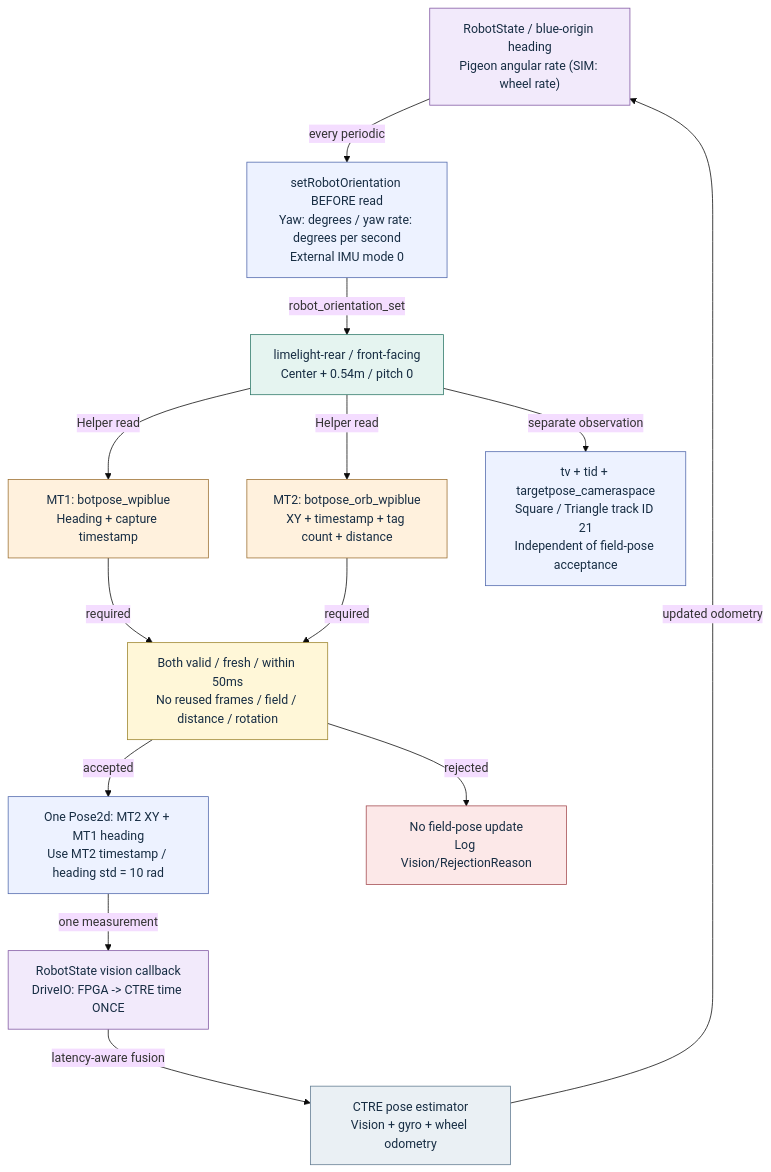
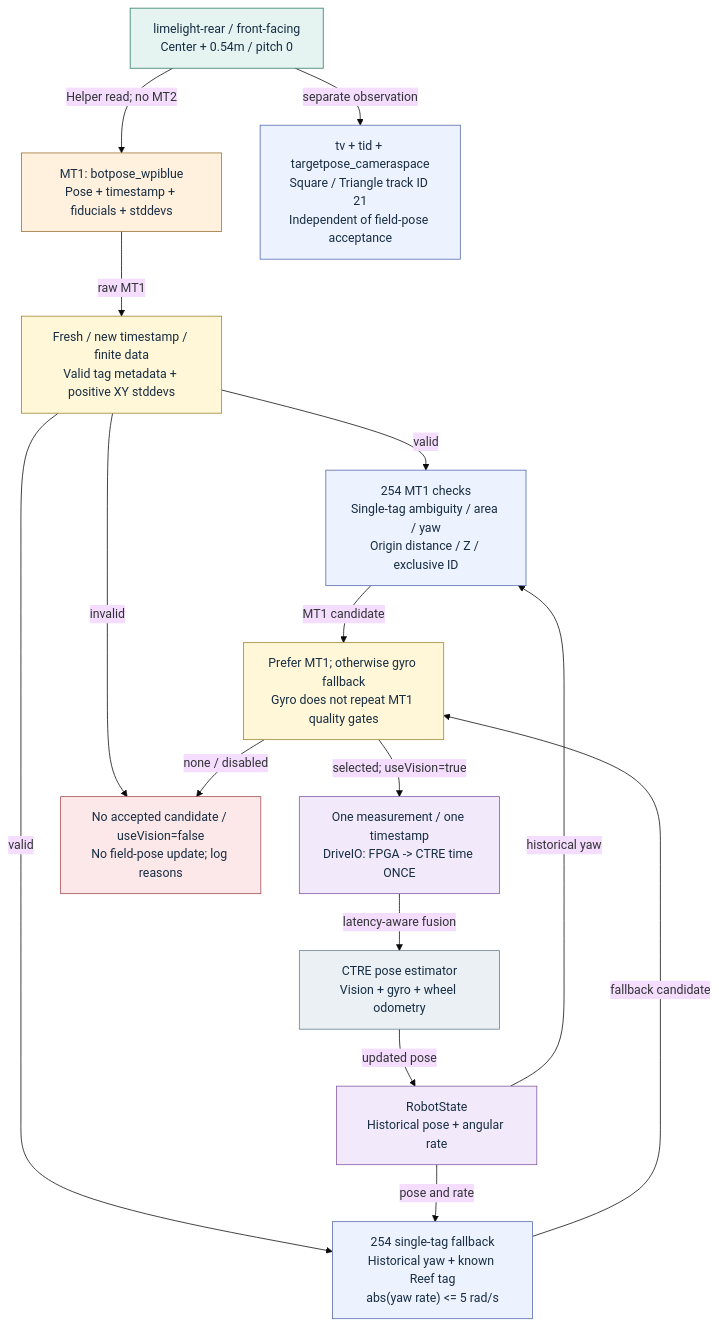
Before and after one commit to PepsiLee/FRC-2026-Systemcore-Public-main: the diagram in docs/drive-vision/diagrams/05-megatag-inputs.mmd, drawn with Mermaid (base theme). The commit also changed 23 other files, not shown here.

Commit message:
Adopt  MT1 localization with single-tag gyro fallback

```diff
--- a/docs/drive-vision/diagrams/05-megatag-inputs.mmd
+++ b/docs/drive-vision/diagrams/05-megatag-inputs.mmd
@@ -1,32 +1,34 @@
 flowchart TB
-    state["RobotState / blue-origin heading<br/>Pigeon angular rate (SIM: wheel rate)"]:::state
-    orientation["setRobotOrientation BEFORE read<br/>Yaw: degrees / yaw rate: degrees per second<br/>External IMU mode 0"]:::logic
     camera["limelight-rear / front-facing<br/>Center + 0.54m / pitch 0"]:::input
-    mt1["MT1: botpose_wpiblue<br/>Heading + capture timestamp"]:::io
-    mt2["MT2: botpose_orb_wpiblue<br/>XY + timestamp + tag count + distance"]:::io
-    filter["Both valid / fresh / within 50ms<br/>No reused frames / field / distance / rotation"]:::decision
-    combine["One Pose2d: MT2 XY + MT1 heading<br/>Use MT2 timestamp / heading std = 10 rad"]:::logic
-    callback["RobotState vision callback<br/>DriveIO: FPGA -> CTRE time ONCE"]:::state
+    mt1["MT1: botpose_wpiblue<br/>Pose + timestamp + fiducials + stddevs"]:::io
+    guard["Fresh / new timestamp / finite data<br/>Valid tag metadata + positive XY stddevs"]:::decision
+    main["254 MT1 checks<br/>Single-tag ambiguity / area / yaw<br/>Origin distance / Z / exclusive ID"]:::logic
+    gyro["254 single-tag fallback<br/>Historical yaw + known Reef tag<br/>abs(yaw rate) <= 5 rad/s"]:::logic
+    state["RobotState<br/>Historical pose + angular rate"]:::state
+    select["Prefer MT1; otherwise gyro fallback<br/>Gyro does not repeat MT1 quality gates"]:::decision
+    callback["One measurement / one timestamp<br/>DriveIO: FPGA -> CTRE time ONCE"]:::state
     drive["CTRE pose estimator<br/>Vision + gyro + wheel odometry"]:::sink
     relative["tv + tid + targetpose_cameraspace<br/>Square / Triangle track ID 21<br/>Independent of field-pose acceptance"]:::logic
-    reject["No field-pose update<br/>Log Vision/RejectionReason"]:::stop
-    state -->|"every periodic"| orientation
-    orientation -->|"robot_orientation_set"| camera
-    camera -->|"Helper read"| mt1
-    camera -->|"Helper read"| mt2
-    mt1 -->|"required"| filter
-    mt2 -->|"required"| filter
-    filter -->|"accepted"| combine
-    filter -->|"rejected"| reject
-    combine -->|"one measurement"| callback
+    reject["No accepted candidate / useVision=false<br/>No field-pose update; log reasons"]:::stop
+    camera -->|"Helper read; no MT2"| mt1
+    mt1 -->|"raw MT1"| guard
+    guard -->|"valid"| main
+    guard -->|"valid"| gyro
+    guard -->|"invalid"| reject
+    state -->|"historical yaw"| main
+    state -->|"pose and rate"| gyro
+    main -->|"MT1 candidate"| select
+    gyro -->|"fallback candidate"| select
+    select -->|"selected; useVision=true"| callback
+    select -->|"none / disabled"| reject
     callback -->|"latency-aware fusion"| drive
-    drive -->|"updated odometry"| state
+    drive -->|"updated pose"| state
     camera -->|"separate observation"| relative
     classDef host fill:#e6eef8,stroke:#43688f,color:#172d43
     classDef input fill:#e5f4f0,stroke:#2d7868,color:#172d43
     classDef logic fill:#edf2ff,stroke:#5269ad,color:#172d43
     classDef io fill:#fff1dd,stroke:#9c7032,color:#172d43
     classDef state fill:#f2eafb,stroke:#8057a2,color:#172d43
     classDef sink fill:#eaf0f4,stroke:#627c91,color:#172d43
     classDef stop fill:#fce8e8,stroke:#a34b50,color:#172d43
     classDef decision fill:#fff7d8,stroke:#9c852d,color:#172d43
```
